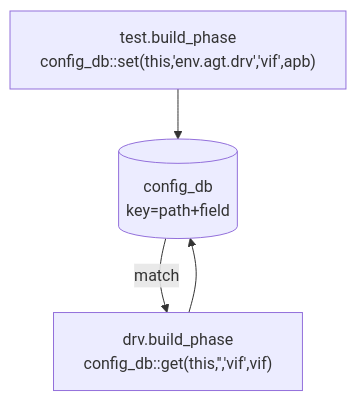
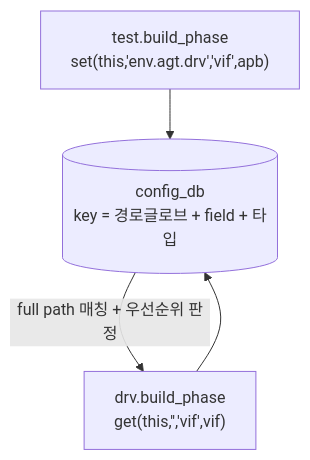
One commit to jwj-nick/uvm-drill changed the diagram in content/a/part2/config-db.md. Above: the diagram before and after it, drawn with Mermaid. The commit also changed other lines of this file and 8 other files, not shown here.

````diff
--- a/content/a/part2/config-db.md
+++ b/content/a/part2/config-db.md
@@ -31,6 +63,6 @@
 ```mermaid
 flowchart TD
-  TEST["test.build_phase<br/>config_db::set(this,'env.agt.drv','vif',apb)"] --> DB[(config_db<br/>key=path+field)]
-  DRV["drv.build_phase<br/>config_db::get(this,'','vif',vif)"] --> DB
-  DB -->|match| DRV
+  TEST["test.build_phase<br/>set(this,'env.agt.drv','vif',apb)"] --> DB[("config_db<br/>key = 경로글로브 + field + 타입")]
+  DRV["drv.build_phase<br/>get(this,'','vif',vif)"] --> DB
+  DB -->|"full path 매칭 + 우선순위 판정"| DRV
 ```
````
